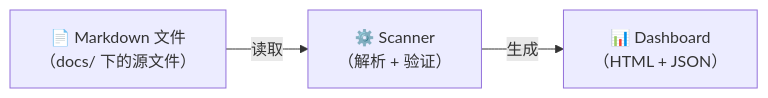
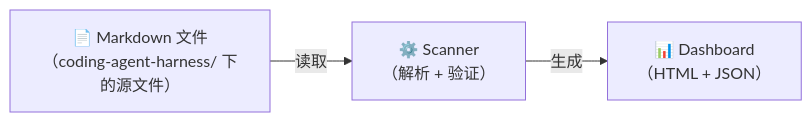
One commit to FairladyZ625/coding-agent-harness changed the first of 7 diagrams in docs-release/architecture/system-explainer/05-data-flow.md. Above: the diagram before and after it, drawn with Mermaid. The commit also changed other lines of this file and 120 other files, not shown here.

````diff
--- a/docs-release/architecture/system-explainer/05-data-flow.md
+++ b/docs-release/architecture/system-explainer/05-data-flow.md
@@ -5,8 +5,8 @@
 ```mermaid
 flowchart LR
-  A["📄 Markdown 文件\n（docs/ 下的源文件）"]
+  A["📄 Markdown 文件\n（coding-agent-harness/ 下的源文件）"]
   B["⚙️ Scanner\n（解析 + 验证）"]
   C["📊 Dashboard\n（HTML + JSON）"]
 
   A -->|"读取"| B -->|"生成"| C
 ```
````
